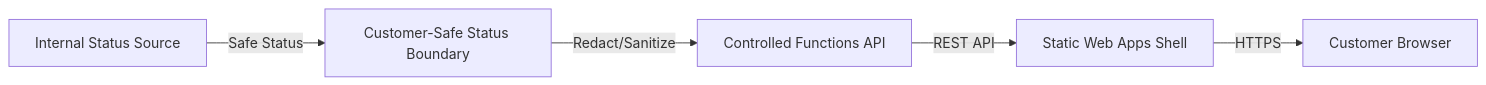
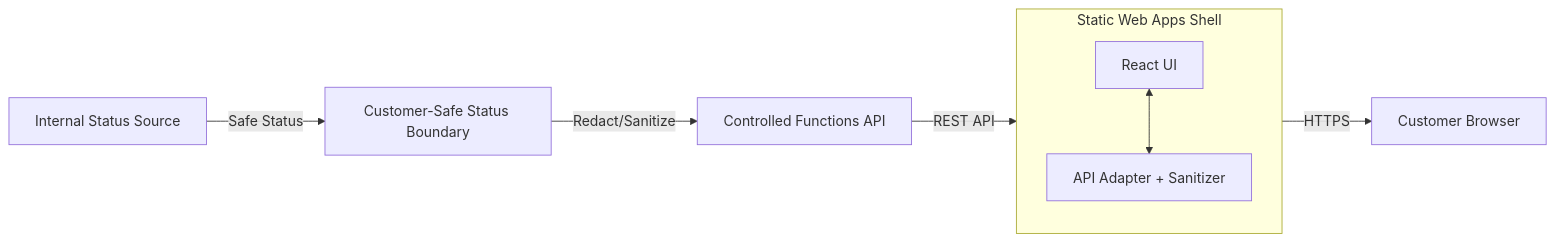
The diagram in building-blocks/portals/static-status-portal/README.md (wildersa/azure_ref_kit), drawn with Mermaid before and after one commit. The commit also changed other lines of this file and 13 other files, not shown here.

First line of the commit message:
Implement minimal customer-safe static status portal shell

````diff
--- a/building-blocks/portals/static-status-portal/README.md
+++ b/building-blocks/portals/static-status-portal/README.md
@@ -13,7 +21,13 @@
 ```mermaid
 flowchart LR
     Source[Internal Status Source] -->|Safe Status| Boundary[Customer-Safe Status Boundary]
     Boundary -->|Redact/Sanitize| Func[Controlled Functions API]
     Func -->|REST API| SWA[Static Web Apps Shell]
     SWA -->|HTTPS| Customer[Customer Browser]
+
+    subgraph SWA [Static Web Apps Shell]
+        UI[React UI]
+        Adapter[API Adapter + Sanitizer]
+        UI <--> Adapter
+    end
 ```
````
